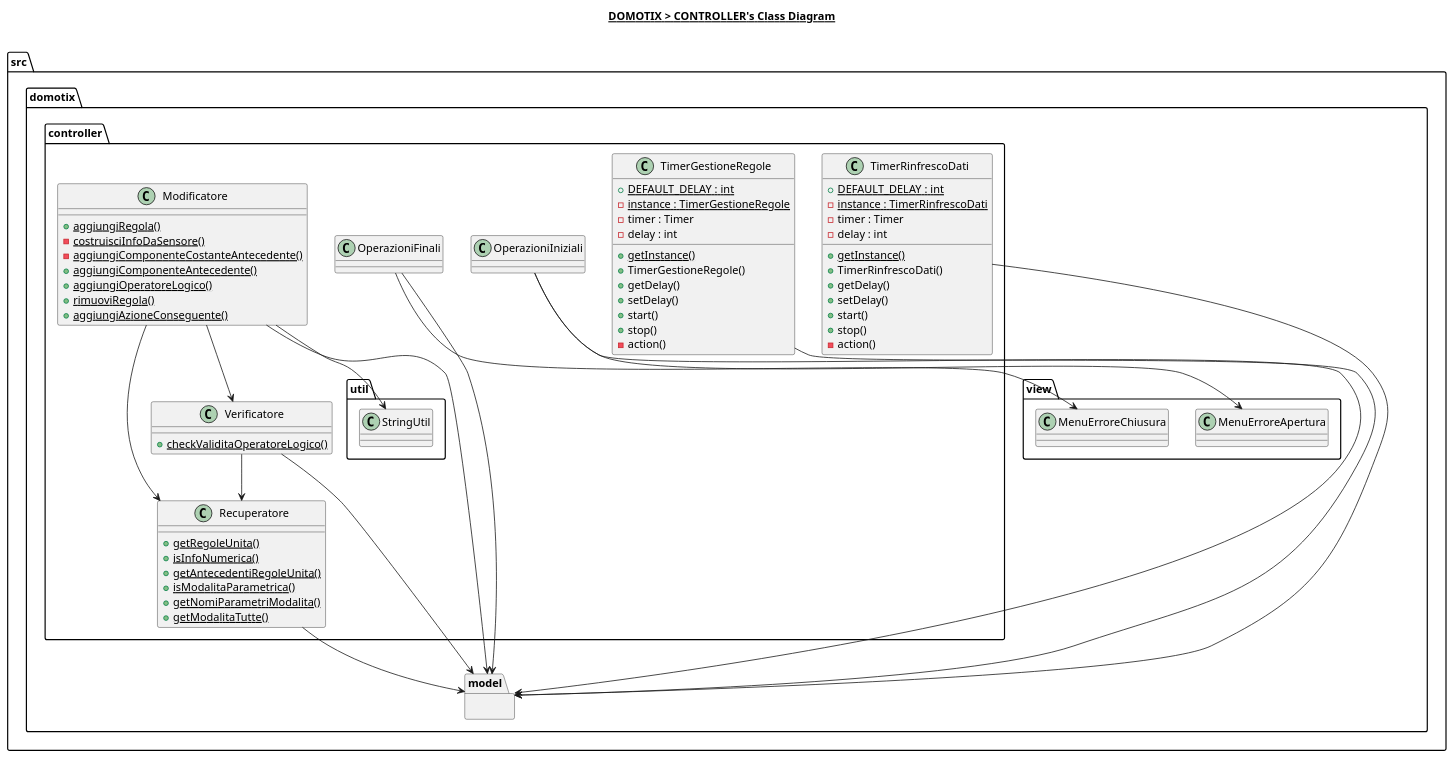
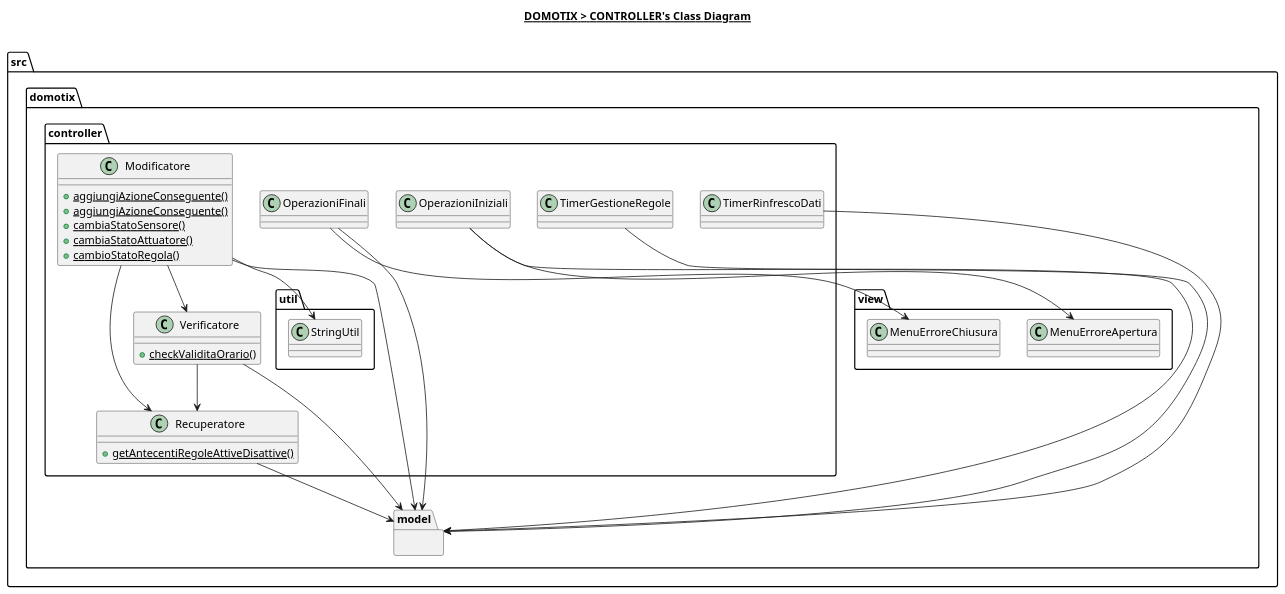
The diagram in src/domotix/controller/controller.plantuml (Edoar-do/Domotix), drawn with PlantUML before and after one commit. The commit also changed 4 other files, not shown here.

Commit message:
Inizializza diagrammi per V4

```diff
--- a/src/domotix/controller/controller.plantuml
+++ b/src/domotix/controller/controller.plantuml
@@ -1,94 +1,65 @@
 @startuml
 
 title __DOMOTIX > CONTROLLER's Class Diagram__\n
 
 namespace src.domotix.controller {
     class src.domotix.controller.Modificatore {
-        {static} + aggiungiRegola()
-        {static} - costruisciInfoDaSensore()
-        {static} - aggiungiComponenteCostanteAntecedente()
-        {static} + aggiungiComponenteAntecedente()
-        {static} + aggiungiOperatoreLogico()
-        {static} + rimuoviRegola()
         {static} + aggiungiAzioneConseguente()
+        {static} + aggiungiAzioneConseguente()
+        {static} + cambiaStatoSensore()
+        {static} + cambiaStatoAttuatore()
+        {static} + cambioStatoRegola()
     }
 
     class src.domotix.controller.OperazioniFinali {
 
     }
 
     class src.domotix.controller.OperazioniIniziali {
 
     }
 
     class src.domotix.controller.Recuperatore {
-        {static} + getRegoleUnita()
-        {static} + isInfoNumerica()
-        {static} + getAntecedentiRegoleUnita()
-        {static} + isModalitaParametrica()
-        {static} + getNomiParametriModalita()
-        {static} + getModalitaTutte()
+        {static} + getAntecentiRegoleAttiveDisattive()
     }
 
     class src.domotix.controller.Verificatore {
-        {static} + checkValiditaOperatoreLogico()
+        {static} + checkValiditaOrario()
     }
 
     class src.domotix.controller.TimerGestioneRegole {
-        {static} + DEFAULT_DELAY : int
-        {static} - instance : TimerGestioneRegole
-        {static} + getInstance()
-        - timer : Timer
-        - delay : int
-        + TimerGestioneRegole()
-        + getDelay()
-        + setDelay()
-        + start()
-        + stop()
-        - action()
     }
 
     class src.domotix.controller.TimerRinfrescoDati {
-        {static} + DEFAULT_DELAY : int
-        {static} - instance : TimerRinfrescoDati
-        {static} + getInstance()
-        - timer : Timer
-        - delay : int
-        + TimerRinfrescoDati()
-        + getDelay()
-        + setDelay()
-        + start()
-        + stop()
-        - action()
     }
 
     namespace util {
         class src.domotix.controller.util.StringUtil {
         }
     }
 }
 
 namespace src.domotix.model {
 
 }
 
 src.domotix.controller.Modificatore --> src.domotix.controller.util.StringUtil
 src.domotix.controller.Modificatore --> src.domotix.controller.Recuperatore
 src.domotix.controller.Modificatore --> src.domotix.controller.Verificatore
 src.domotix.controller.Modificatore --> src.domotix.model
 
 src.domotix.controller.Verificatore --> src.domotix.controller.Recuperatore
 src.domotix.controller.Verificatore --> src.domotix.model
 
 src.domotix.controller.Recuperatore --> src.domotix.model
 
 src.domotix.controller.OperazioniIniziali --> src.domotix.model
 src.domotix.controller.OperazioniIniziali --> src.domotix.view.MenuErroreApertura
 
 src.domotix.controller.OperazioniFinali --> src.domotix.model
 src.domotix.controller.OperazioniFinali --> src.domotix.view.MenuErroreChiusura
 
 src.domotix.controller.TimerGestioneRegole --> src.domotix.model
 src.domotix.controller.TimerRinfrescoDati --> src.domotix.model
 
 @enduml
```
